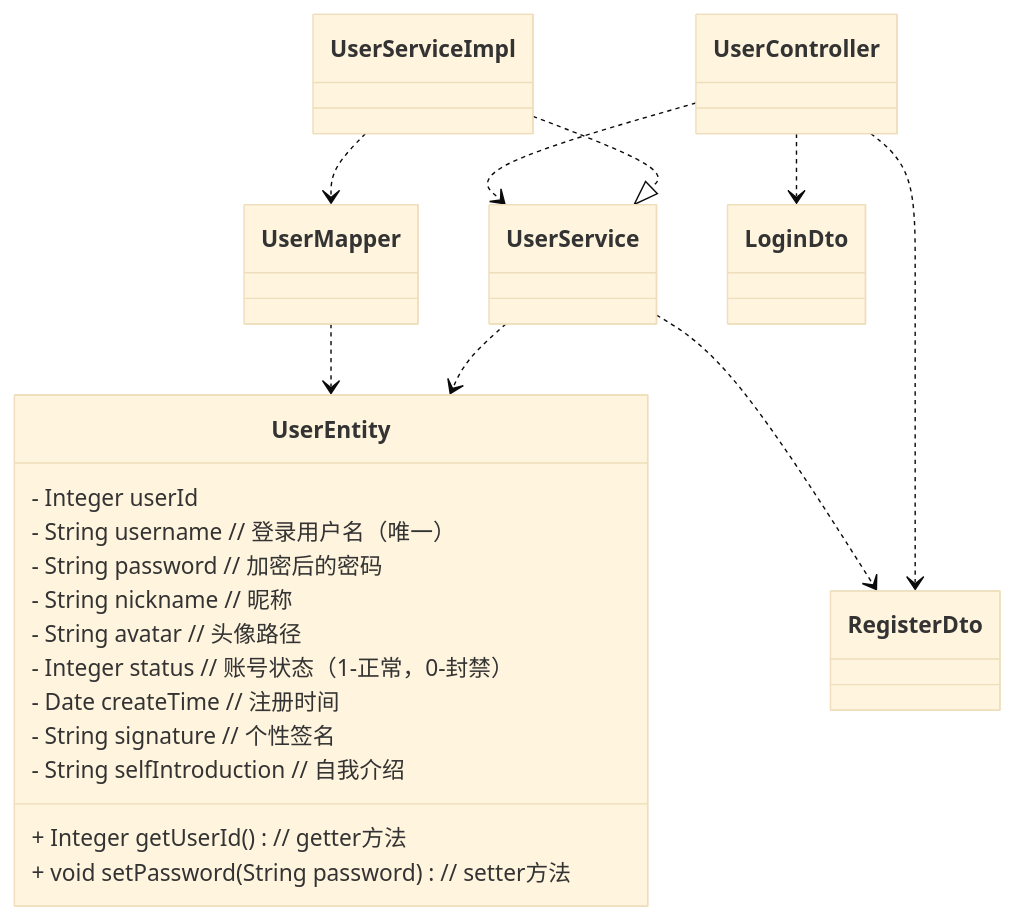
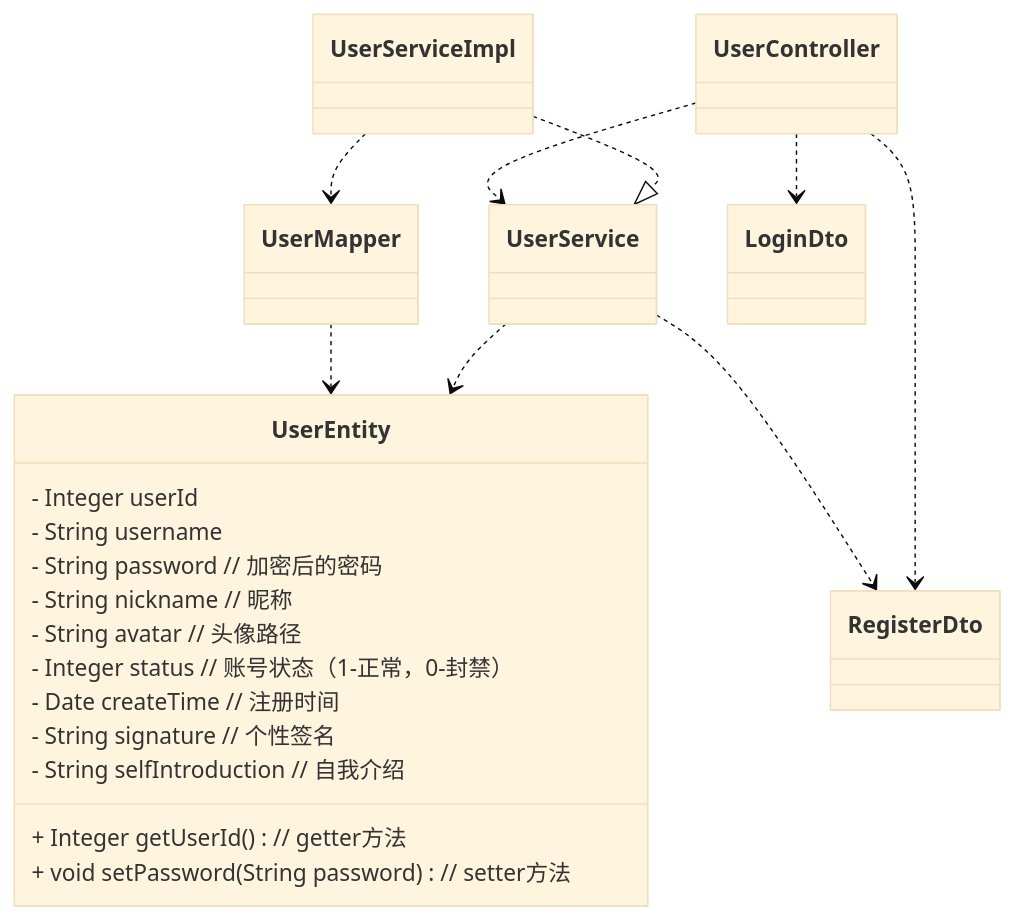
One commit to DEbalanceUX/iodraw-files changed the diagram in all/未命名-1.md. Above: the diagram before and after it, drawn with Mermaid (base theme).

Commit message:
2025-12-10 22:50:53 update

````diff
--- a/all/未命名-1.md
+++ b/all/未命名-1.md
@@ -1,32 +1,32 @@
 ```mermaid
 classDiagram
     %% 实现关系：ServiceImpl 实现 Service 接口
     UserServiceImpl ..|> UserService
     %% 依赖关系：Controller 依赖 Service / ServiceImpl 依赖 Mapper
     UserController ..> UserService
     UserServiceImpl ..> UserMapper
     %% 关联关系：核心数据载体关联
     UserService ..> UserEntity
     UserMapper ..> UserEntity
     UserController ..> LoginDto
     UserController ..> RegisterDto
     UserService ..> RegisterDto
 
     %% 用户实体类（存储用户核心数据）
     class UserEntity {
         - Integer userId       
-        - String username      // 登录用户名（唯一）
+        - String username   
         - String password      // 加密后的密码
         - String nickname      // 昵称
         - String avatar        // 头像路径
         - Integer status       // 账号状态（1-正常，0-封禁）
         - Date createTime      // 注册时间
         - String signature     // 个性签名
         - String selfIntroduction // 自我介绍
         + Integer getUserId()  // getter方法
         + void setPassword(String password) // setter方法
     }
 
 
     
 ```
````
